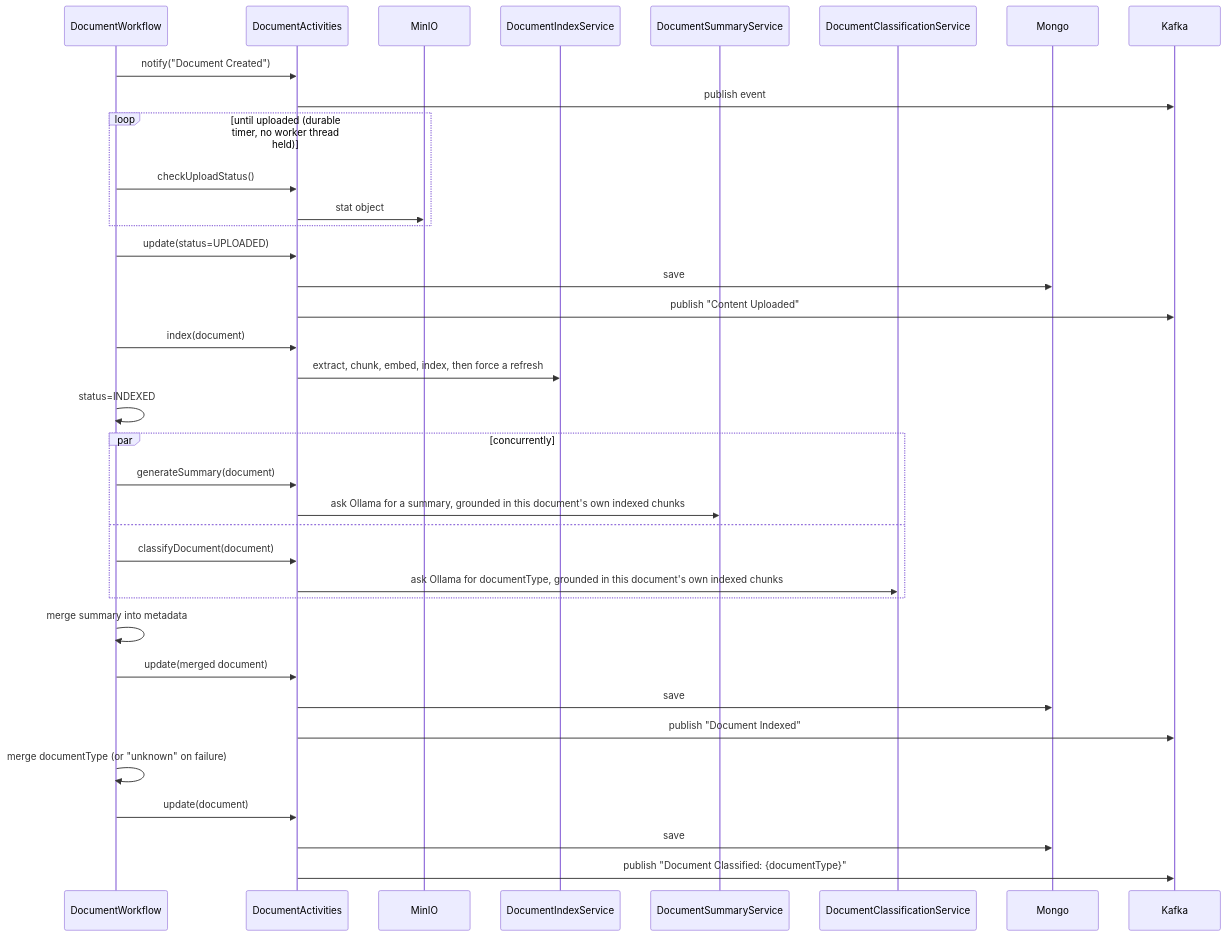
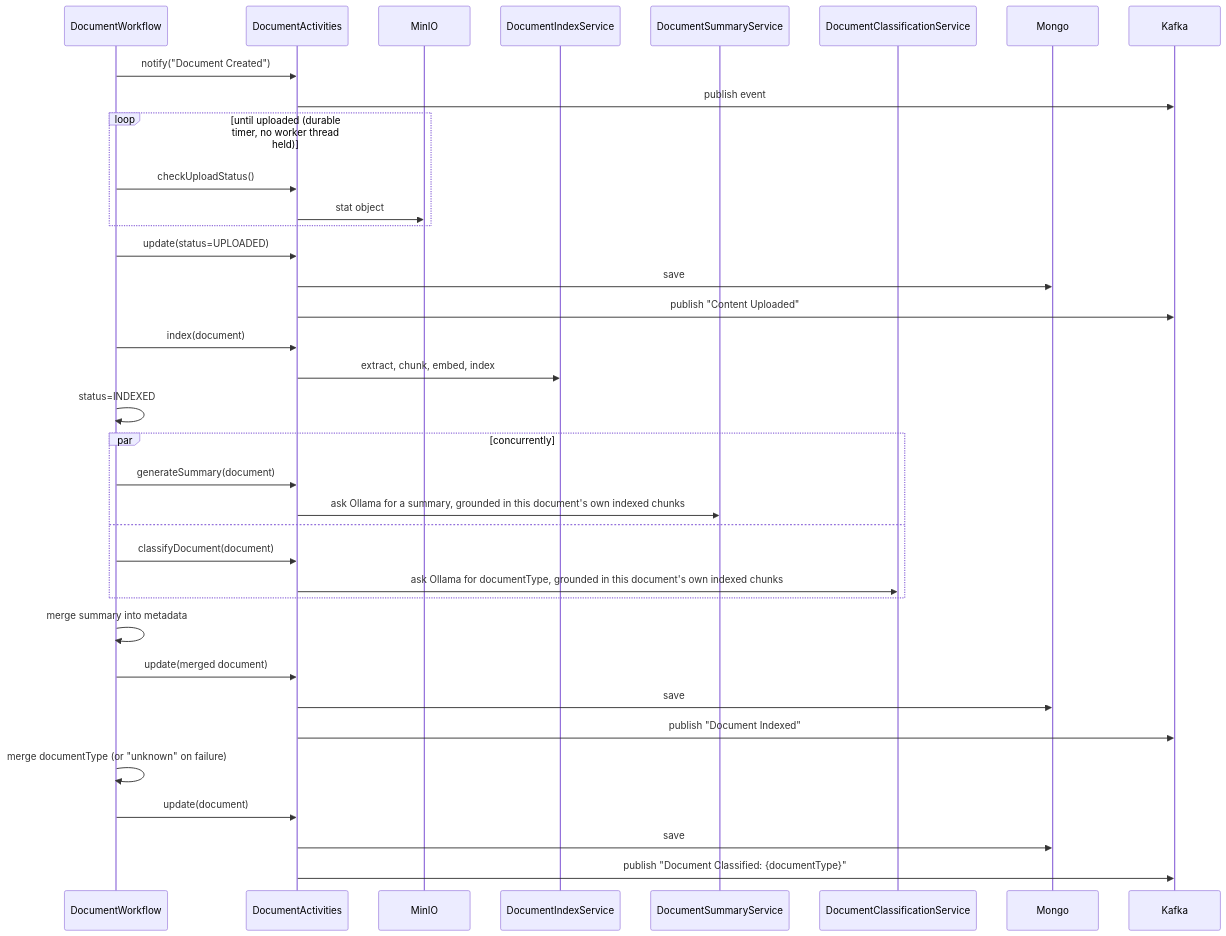
Before and after one commit to kamranzafar/docman-ai: the fourth of 4 diagrams in docs/ARCHITECTURE.md, drawn with Mermaid. The commit also changed other lines of this file and 4 other files, not shown here.

Commit message:
added a back-off retry strategy and removed index refresh, to improve performance.

````diff
--- a/docs/ARCHITECTURE.md
+++ b/docs/ARCHITECTURE.md
@@ -100,39 +100,39 @@
 ```mermaid
 sequenceDiagram
     participant WF as DocumentWorkflow
     participant Act as DocumentActivities
     participant MinIO
     participant Idx as DocumentIndexService
     participant Sum as DocumentSummaryService
     participant Cls as DocumentClassificationService
     participant Mongo
     participant Kafka
 
     WF->>Act: notify("Document Created")
     Act->>Kafka: publish event
     loop until uploaded (durable timer, no worker thread held)
         WF->>Act: checkUploadStatus()
         Act->>MinIO: stat object
     end
     WF->>Act: update(status=UPLOADED)
     Act->>Mongo: save
     Act->>Kafka: publish "Content Uploaded"
     WF->>Act: index(document)
-    Act->>Idx: extract, chunk, embed, index, then force a refresh
+    Act->>Idx: extract, chunk, embed, index
     WF->>WF: status=INDEXED
     par concurrently
         WF->>Act: generateSummary(document)
         Act->>Sum: ask Ollama for a summary, grounded in this document's own indexed chunks
     and
         WF->>Act: classifyDocument(document)
         Act->>Cls: ask Ollama for documentType, grounded in this document's own indexed chunks
     end
     WF->>WF: merge summary into metadata
     WF->>Act: update(merged document)
     Act->>Mongo: save
     Act->>Kafka: publish "Document Indexed"
     WF->>WF: merge documentType (or "unknown" on failure)
     WF->>Act: update(document)
     Act->>Mongo: save
     Act->>Kafka: publish "Document Classified: {documentType}"
 ```
````
